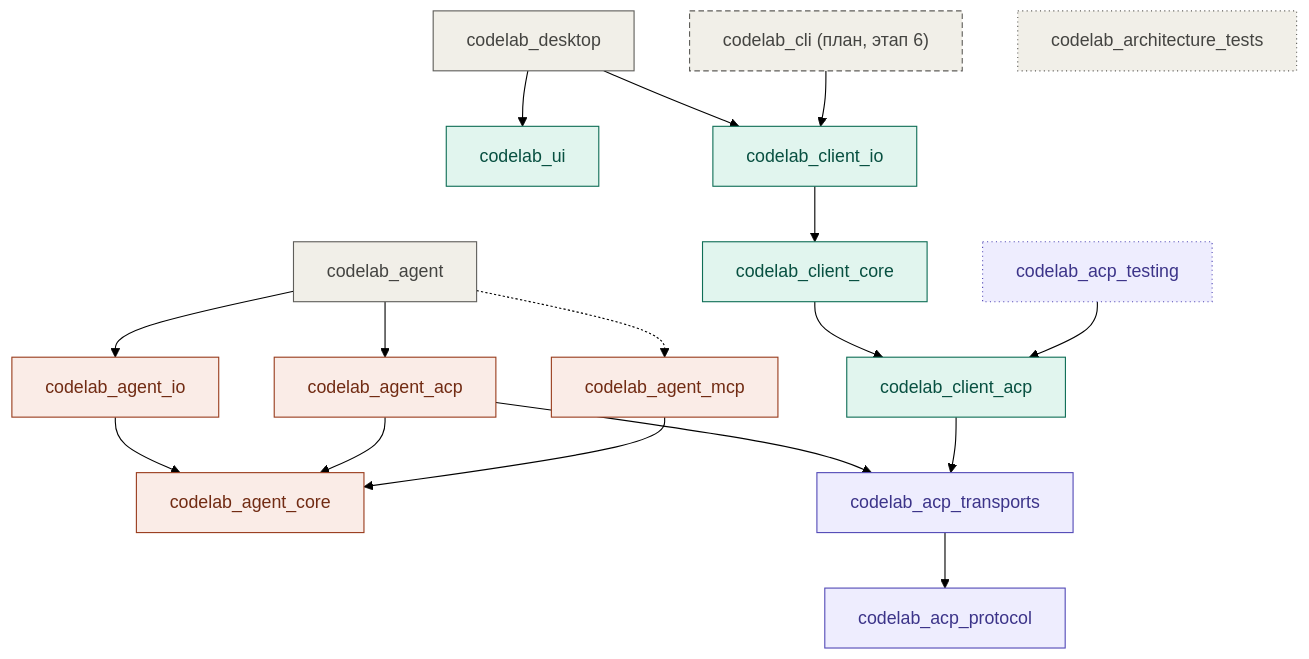
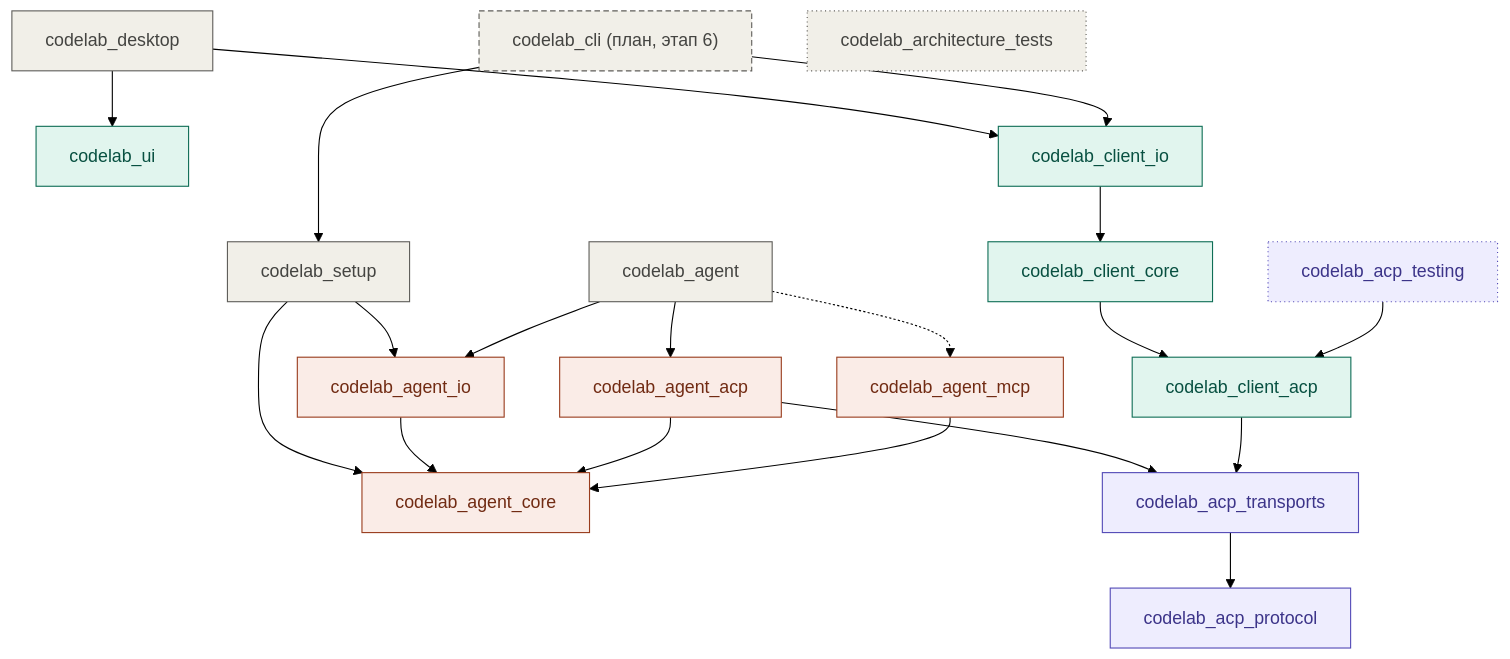
Before and after one commit to pese-git/codelab-app: the diagram in README.md, drawn with Mermaid (forest theme). The commit also changed other lines of this file and 15 other files, not shown here.

First line of the commit message:
feat(codelab_cli): мост codelab_setup и команда codelab config check (итерация 4 add-agent-configuration)

````diff
--- a/README.md
+++ b/README.md
@@ -32,52 +33,56 @@
 ```mermaid
 flowchart TD
   desktop[codelab_desktop]
   cli["codelab_cli (план, этап 6)"]
   agent[codelab_agent]
 
   ui[codelab_ui]
   client_io[codelab_client_io]
   agent_io[codelab_agent_io]
 
   client_core[codelab_client_core]
   agent_acp[codelab_agent_acp]
   agent_mcp[codelab_agent_mcp]
+  setup[codelab_setup]
 
   testing[codelab_acp_testing]
   client_acp[codelab_client_acp]
   agent_core[codelab_agent_core]
 
   transports[codelab_acp_transports]
   arch[codelab_architecture_tests]
   protocol[codelab_acp_protocol]
 
   desktop --> ui
   desktop --> client_io
   cli --> client_io
+  cli --> setup
+  setup --> agent_io
+  setup --> agent_core
   agent --> agent_io
   agent --> agent_acp
   agent -.-> agent_mcp
   client_io --> client_core
   agent_io --> agent_core
   client_core --> client_acp
   agent_acp --> agent_core
   agent_mcp --> agent_core
   agent_acp --> transports
   testing --> client_acp
   client_acp --> transports
   transports --> protocol
 
   classDef app fill:#F1EFE8,stroke:#5F5E5A,color:#444441
   classDef acp fill:#EEEDFE,stroke:#534AB7,color:#3C3489
   classDef client fill:#E1F5EE,stroke:#0F6E56,color:#085041
   classDef agentside fill:#FAECE7,stroke:#993C1D,color:#712B13
   classDef planned stroke-dasharray:5 3
   classDef testonly stroke-dasharray:1 3
 
-  class desktop,cli,agent,arch app
+  class desktop,cli,agent,arch,setup app
   class protocol,transports,testing acp
   class ui,client_io,client_core,client_acp client
   class agent_io,agent_acp,agent_mcp,agent_core agentside
   class cli planned
   class testing,arch testonly
 ```
````
